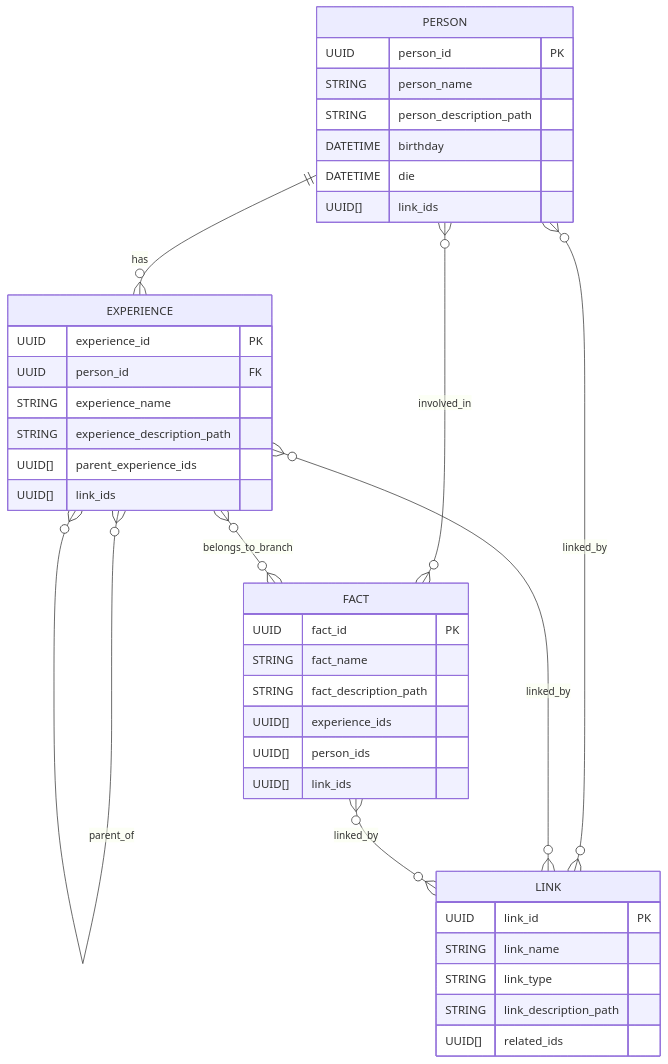
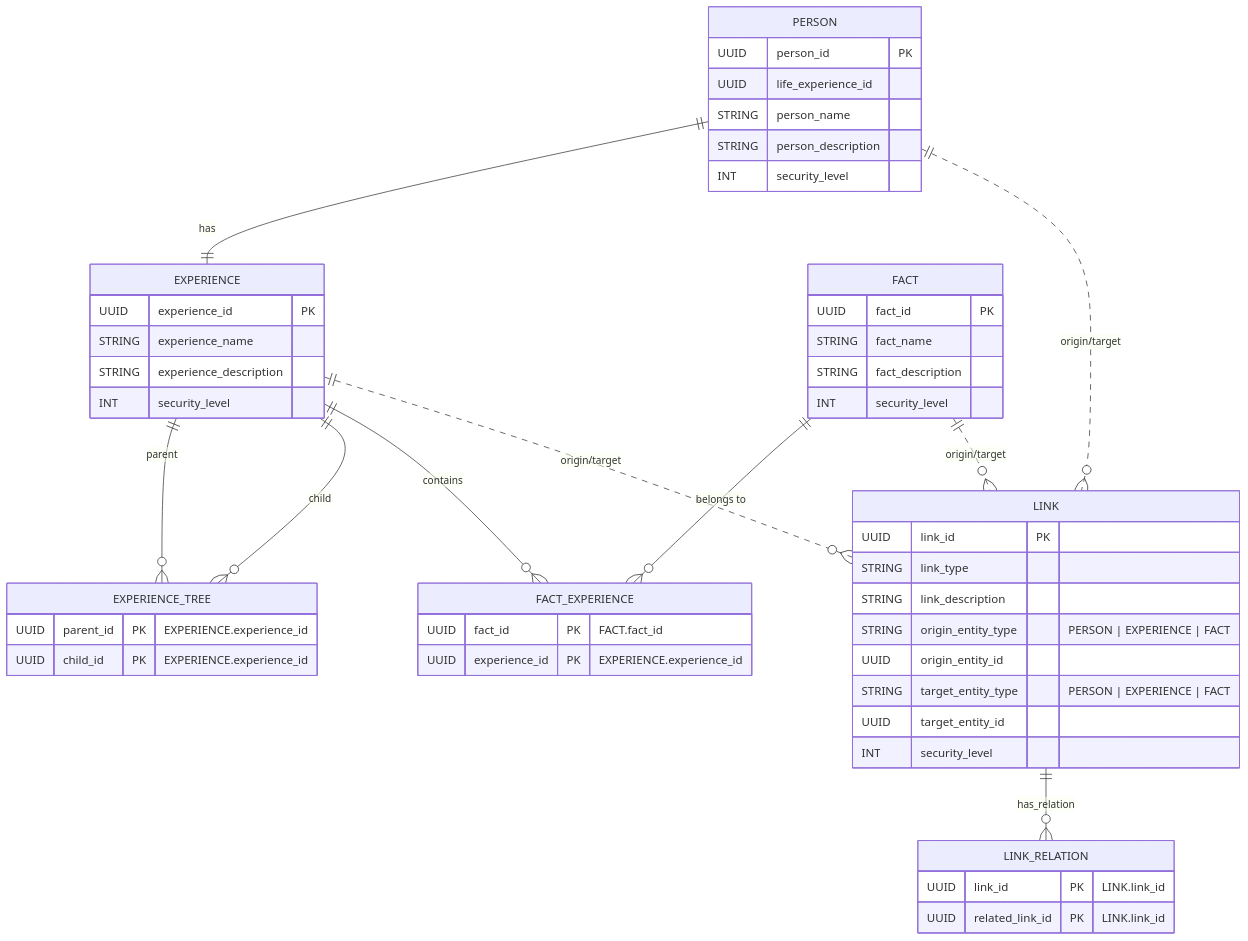
One commit to HibiyaHaraki/hasm changed the diagram in docs/arch/00-hasm-model-structure.md. Above: the diagram before and after it, drawn with Mermaid. The commit also changed other lines of this file, not shown here.

Commit message:
Revise Folder Structure and Database Model Architecture

````diff
--- a/docs/arch/00-hasm-model-structure.md
+++ b/docs/arch/00-hasm-model-structure.md
@@ -31,45 +47,60 @@
 ```mermaid
 erDiagram
   PERSON {
     UUID person_id PK
+    UUID life_experience_id
     STRING person_name
-    STRING person_description_path
-    DATETIME birthday
-    DATETIME die
-    UUID[] link_ids
+    STRING person_description
+    INT security_level
   }
 
   EXPERIENCE {
     UUID experience_id PK
-    UUID person_id FK
     STRING experience_name
-    STRING experience_description_path
-    UUID[] parent_experience_ids
-    UUID[] link_ids
+    STRING experience_description
+    INT security_level
+  }
+
+  EXPERIENCE_TREE {
+      UUID parent_id PK "EXPERIENCE.experience_id"
+      UUID child_id PK "EXPERIENCE.experience_id"
   }
 
   FACT {
     UUID fact_id PK
     STRING fact_name
-    STRING fact_description_path
-    UUID[] experience_ids
-    UUID[] person_ids
-    UUID[] link_ids
+    STRING fact_description
+    INT security_level
+  }
+
+  FACT_EXPERIENCE {
+      UUID fact_id PK "FACT.fact_id"
+      UUID experience_id PK "EXPERIENCE.experience_id"
   }
 
   LINK {
     UUID link_id PK
-    STRING link_name
     STRING link_type
-    STRING link_description_path
-    UUID[] related_ids
+    STRING link_description
+    STRING origin_entity_type "PERSON | EXPERIENCE | FACT"
+    UUID origin_entity_id
+    STRING target_entity_type "PERSON | EXPERIENCE | FACT"
+    UUID target_entity_id
+    INT security_level
   }
 
-  PERSON ||--o{ EXPERIENCE : has
-  EXPERIENCE }o--o{ EXPERIENCE : parent_of
-  PERSON }o--o{ FACT : involved_in
-  EXPERIENCE }o--o{ FACT : belongs_to_branch
-  PERSON }o--o{ LINK : linked_by
-  EXPERIENCE }o--o{ LINK : linked_by
-  FACT }o--o{ LINK : linked_by
+  LINK_RELATION {
+    UUID link_id PK "LINK.link_id"
+    UUID related_link_id PK "LINK.link_id"
+  }
+
+  PERSON ||--|| EXPERIENCE : "has"
+  EXPERIENCE ||--o{ EXPERIENCE_TREE : "parent"
+  EXPERIENCE ||--o{ EXPERIENCE_TREE : "child"
+  FACT ||--o{ FACT_EXPERIENCE : "belongs to"
+  EXPERIENCE ||--o{ FACT_EXPERIENCE : "contains"
+  PERSON ||..o{ LINK : "origin/target"
+  EXPERIENCE ||..o{ LINK : "origin/target"
+  FACT ||..o{ LINK : "origin/target"
+  LINK ||--o{ LINK_RELATION : "has_relation"
 ```
````
